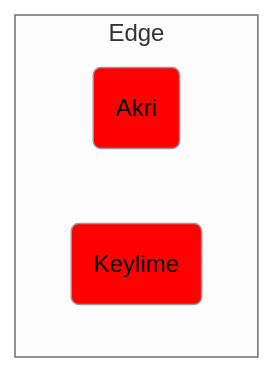
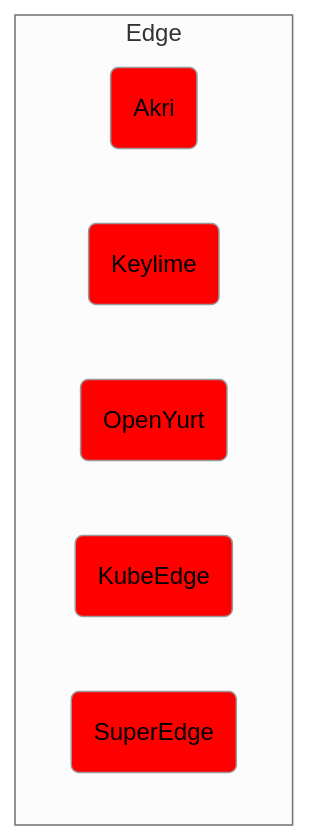
One commit to vfarcic/cncf-demo changed the sixth of 8 diagrams in solution.md. Above: the diagram before and after it, drawn with Mermaid (neutral theme). The commit also changed other lines of this file and 2 other files, not shown here.

````diff
--- a/solution.md
+++ b/solution.md
@@ -472,12 +642,18 @@
 ```mermaid
 flowchart TD
 
     subgraph Edge
 
         akri(Akri)
         style akri fill:red
         keylime(Keylime)
         style keylime fill:red
+        open-yurt(OpenYurt)
+        style open-yurt fill:red
+        kube-edge(KubeEdge)
+        style kube-edge fill:red
+        super-edge(SuperEdge)
+        style super-edge fill:red
 
     end
 ```
````
